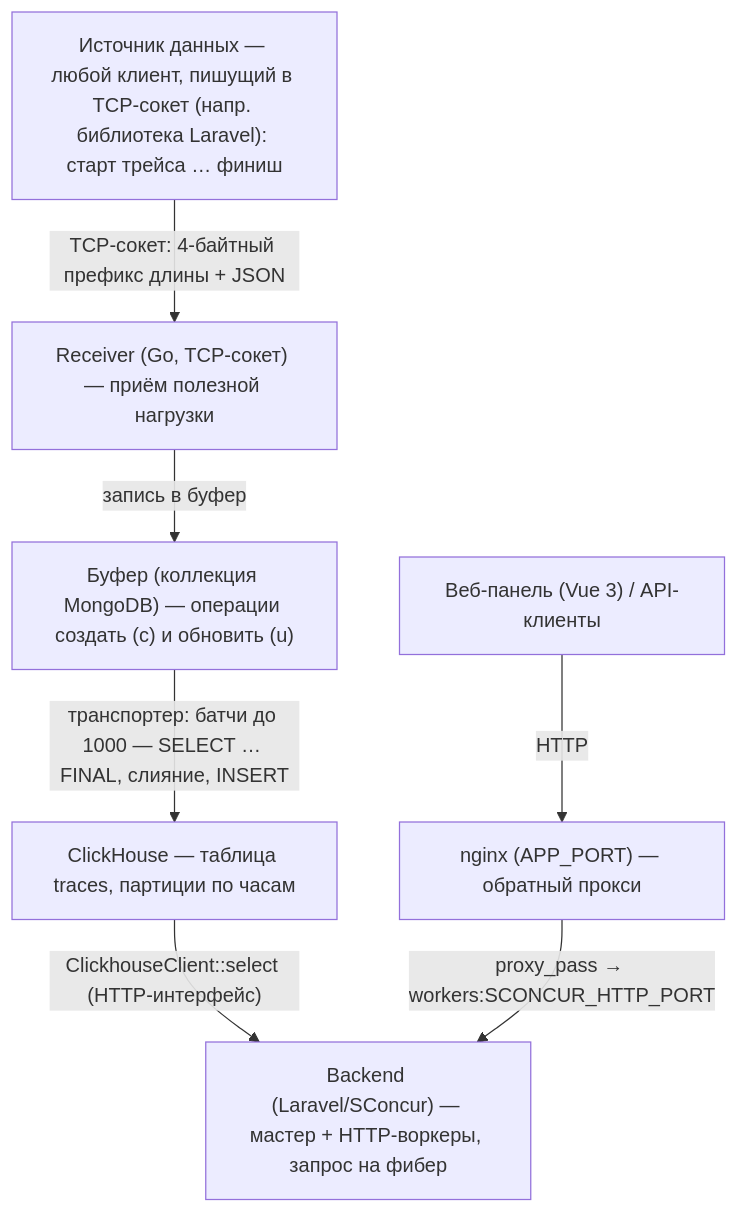
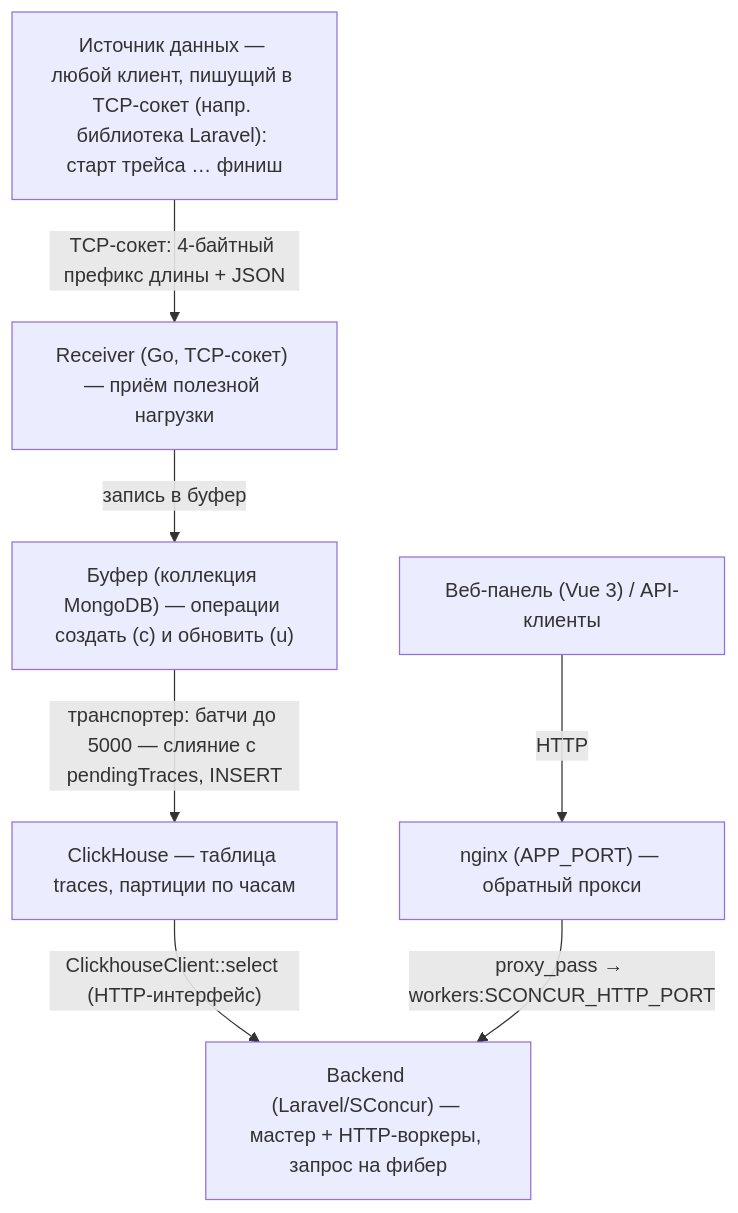
One commit to sprust/slogger changed the diagram in README.ru.md. Above: the diagram before and after it, drawn with Mermaid. The commit also changed other lines of this file and 21 other files, not shown here.

````diff
--- a/README.ru.md
+++ b/README.ru.md
@@ -33,16 +33,16 @@
 ```mermaid
 flowchart TB
     src["Источник данных — любой клиент, пишущий в TCP-сокет (напр. библиотека Laravel): старт трейса … финиш"]
     receiver["Receiver (Go, TCP-сокет) — приём полезной нагрузки"]
     buffer["Буфер (коллекция MongoDB) — операции создать (c) и обновить (u)"]
     traces["ClickHouse — таблица traces, партиции по часам"]
     backend["Backend (Laravel/SConcur) — мастер + HTTP-воркеры, запрос на фибер"]
     nginx["nginx (APP_PORT) — обратный прокси"]
     ui["Веб-панель (Vue 3) / API-клиенты"]
     src -->|"TCP-сокет: 4-байтный префикс длины + JSON"| receiver
     receiver -->|"запись в буфер"| buffer
-    buffer -->|"транспортер: батчи до 1000 — SELECT … FINAL, слияние, INSERT"| traces
+    buffer -->|"транспортер: батчи до 5000 — слияние с pendingTraces, INSERT"| traces
     traces -->|"ClickhouseClient::select (HTTP-интерфейс)"| backend
     ui -->|"HTTP"| nginx
     nginx -->|"proxy_pass → workers:SCONCUR_HTTP_PORT"| backend
 ```
````
